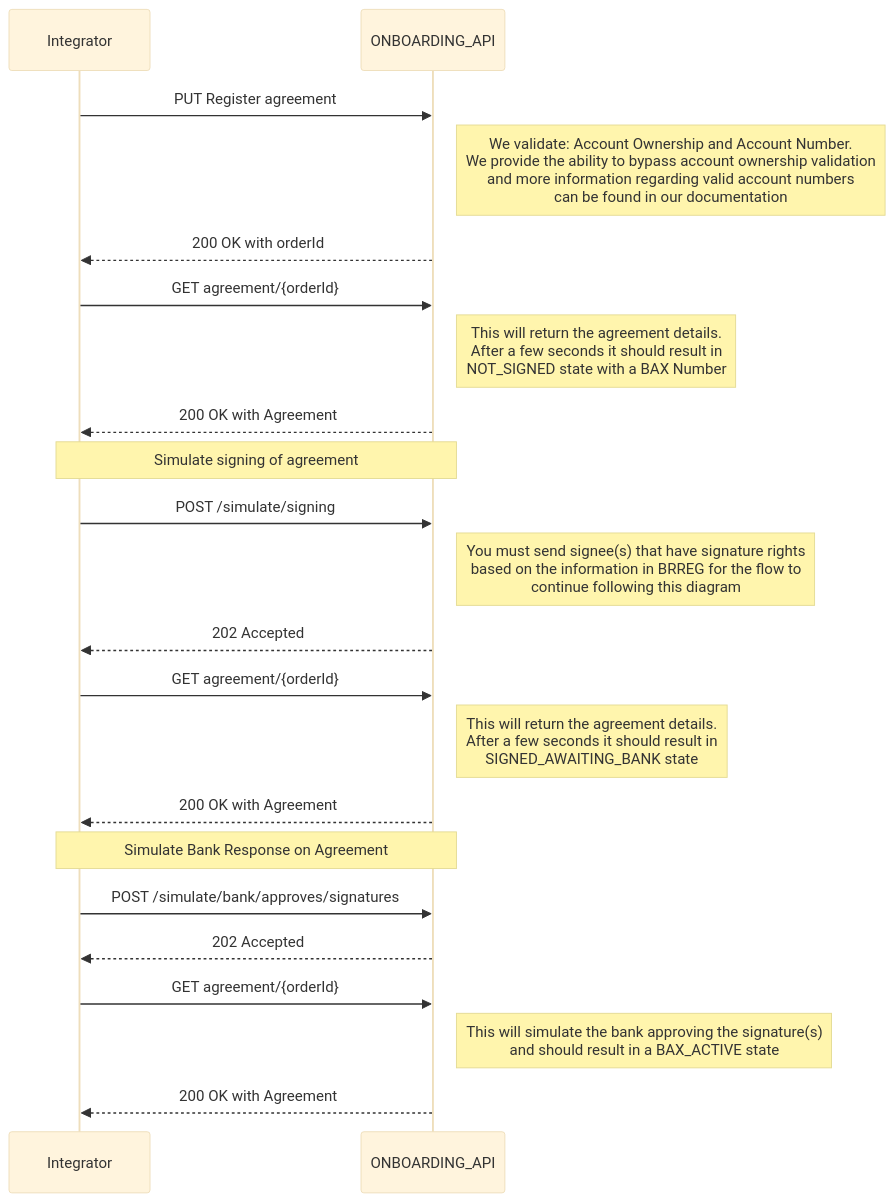
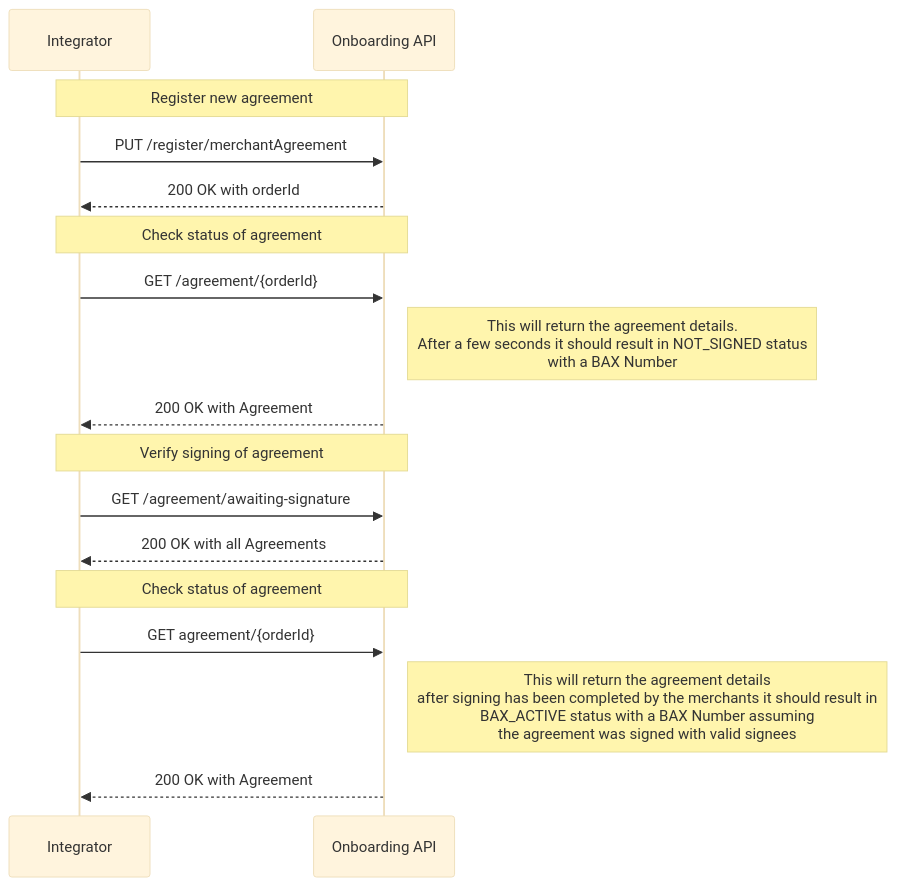
The fourth of 6 diagrams in docs/getting_started.md (BankAxept/bankaxept-onboarding-external-documentation), drawn with Mermaid (base theme) before and after one commit. The commit also changed other lines of this file and 1 other file, not shown here.

Commit message:
Updates after feedback from docs review (#19)

````diff
--- a/docs/getting_started.md
+++ b/docs/getting_started.md
@@ -110,29 +158,23 @@
 ```mermaid
 sequenceDiagram
 participant I as Integrator
-participant O as ONBOARDING_API
+participant O as Onboarding API
 
-I ->> O: PUT Register agreement
-note right of O: We validate: Account Ownership and Account Number. <br/> We provide the ability to bypass account ownership validation <br/> and more information regarding valid account numbers <br/> can be found in our documentation
+note over I, O: Register new agreement
+I ->> O: PUT /register/merchantAgreement
 O -->> I: 200 OK with orderId
 
-I ->> O: GET agreement/{orderId}
-note right of O: This will return the agreement details. <br/> After a few seconds it should result in <br/> NOT_SIGNED state with a BAX Number
-O -->> I: 200 OK with Agreement
-note over I, O: Simulate signing of agreement
-I ->> O: POST /simulate/signing
-note right of O: You must send signee(s) that have signature rights <br/> based on the information in BRREG for the flow to <br/> continue following this diagram
-O -->> I: 202 Accepted
-I ->> O: GET agreement/{orderId}
-note right of O: This will return the agreement details. <br/> After a few seconds it should result in <br/> SIGNED_AWAITING_BANK state
+note over I, O: Check status of agreement
+I ->> O : GET /agreement/{orderId}
+note right of O: This will return the agreement details. <br/> After a few seconds it should result in NOT_SIGNED status <br/> with a BAX Number
 O -->> I: 200 OK with Agreement
 
-note over I, O: Simulate Bank Response on Agreement
+note over I, O: Verify signing of agreement
+I ->> O: GET /agreement/awaiting-signature
+O -->> I: 200 OK with all Agreements
 
-I ->> O: POST /simulate/bank/approves/signatures
-
-O -->> I: 202 Accepted
-I ->> O: GET agreement/{orderId}
-note right of O: This will simulate the bank approving the signature(s) <br/> and should result in a BAX_ACTIVE state
+note over I, O: Check status of agreement
+I ->> O : GET agreement/{orderId}
+note right of O: This will return the agreement details <br/> after signing has been completed by the merchants it should result in <br/> BAX_ACTIVE status with a BAX Number assuming <br/> the agreement was signed with valid signees
 O -->> I: 200 OK with Agreement
 ```
````
